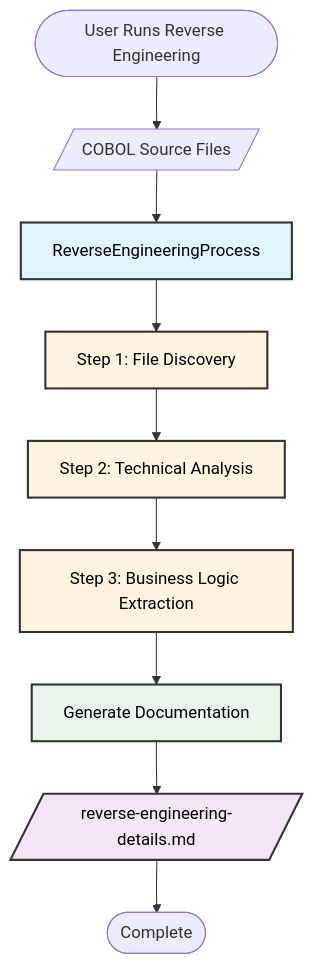
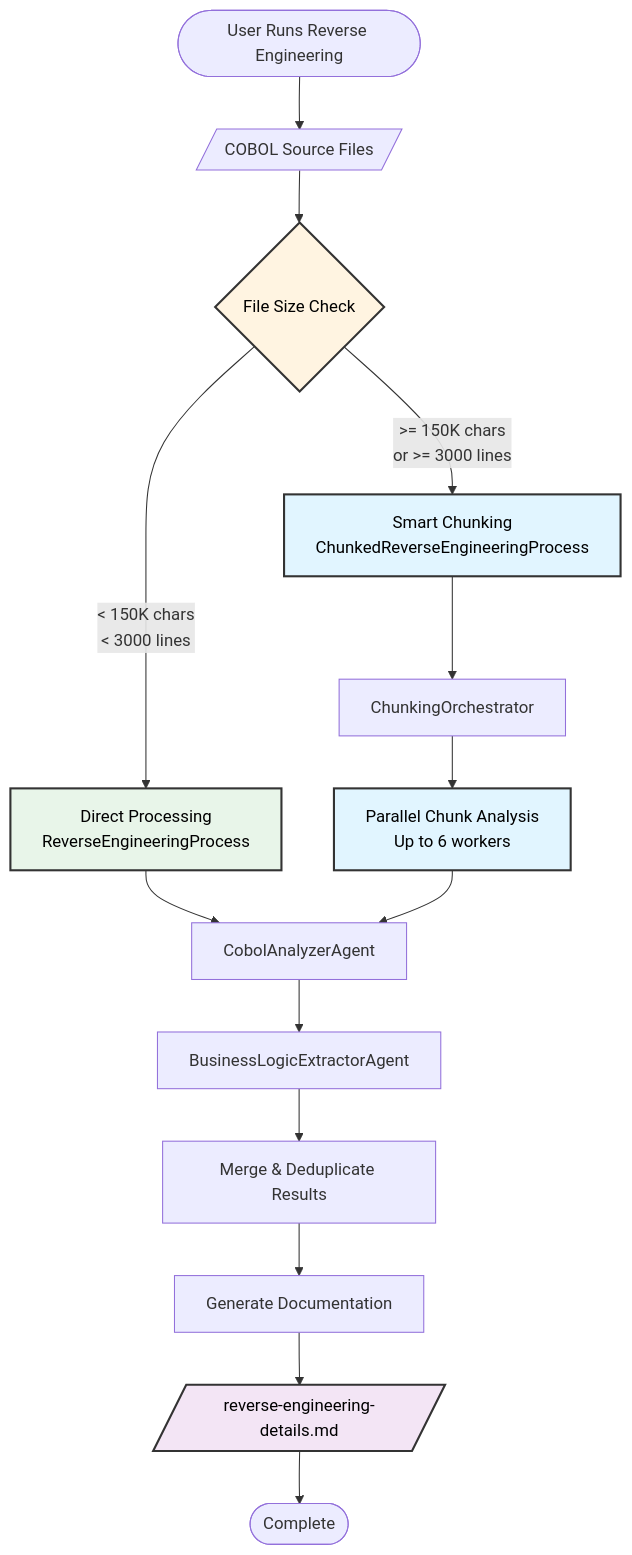
One commit to Azure-Samples/Legacy-Modernization-Agents changed the first of 7 diagrams in REVERSE_ENGINEERING_ARCHITECTURE.md. Above: the diagram before and after it, drawn with Mermaid. The commit also changed other lines of this file and 91 other files, not shown here.

First line of the commit message:
feat: Smart Chunking with .NET/Java support

````diff
--- a/REVERSE_ENGINEERING_ARCHITECTURE.md
+++ b/REVERSE_ENGINEERING_ARCHITECTURE.md
@@ -5,21 +32,27 @@
 ```mermaid
 flowchart TB
     Start([User Runs Reverse Engineering]) --> Input[/COBOL Source Files/]
-    Input --> Process[ReverseEngineeringProcess]
+    Input --> SizeCheck{File Size Check}
     
-    Process --> Step1[Step 1: File Discovery]
-    Step1 --> Step2[Step 2: Technical Analysis]
-    Step2 --> Step3[Step 3: Business Logic Extraction]
-    Step3 --> Generate[Generate Documentation]
+    SizeCheck -->|"< 150K chars<br/>< 3000 lines"| Direct[Direct Processing<br/>ReverseEngineeringProcess]
+    SizeCheck -->|">= 150K chars<br/>or >= 3000 lines"| Chunked[Smart Chunking<br/>ChunkedReverseEngineeringProcess]
+    
+    Direct --> Step1[CobolAnalyzerAgent]
+    Chunked --> Chunk[ChunkingOrchestrator]
+    Chunk --> ParallelAnalysis[Parallel Chunk Analysis<br/>Up to 6 workers]
+    ParallelAnalysis --> Step1
+    
+    Step1 --> Step2[BusinessLogicExtractorAgent]
+    Step2 --> Merge[Merge & Deduplicate Results]
+    Merge --> Generate[Generate Documentation]
     
     Generate --> Output1[/reverse-engineering-details.md/]
     
     Output1 --> End([Complete])
     
-    style Process fill:#e1f5ff,stroke:#333,stroke-width:2px,color:#000
-    style Step1 fill:#fff4e1,stroke:#333,stroke-width:2px,color:#000
-    style Step2 fill:#fff4e1,stroke:#333,stroke-width:2px,color:#000
-    style Step3 fill:#fff4e1,stroke:#333,stroke-width:2px,color:#000
-    style Generate fill:#e8f5e9,stroke:#333,stroke-width:2px,color:#000
+    style SizeCheck fill:#fff4e1,stroke:#333,stroke-width:2px,color:#000
+    style Chunked fill:#e1f5ff,stroke:#333,stroke-width:2px,color:#000
+    style Direct fill:#e8f5e9,stroke:#333,stroke-width:2px,color:#000
+    style ParallelAnalysis fill:#e1f5ff,stroke:#333,stroke-width:2px,color:#000
     style Output1 fill:#f3e5f5,stroke:#333,stroke-width:2px,color:#000
 ```
````
